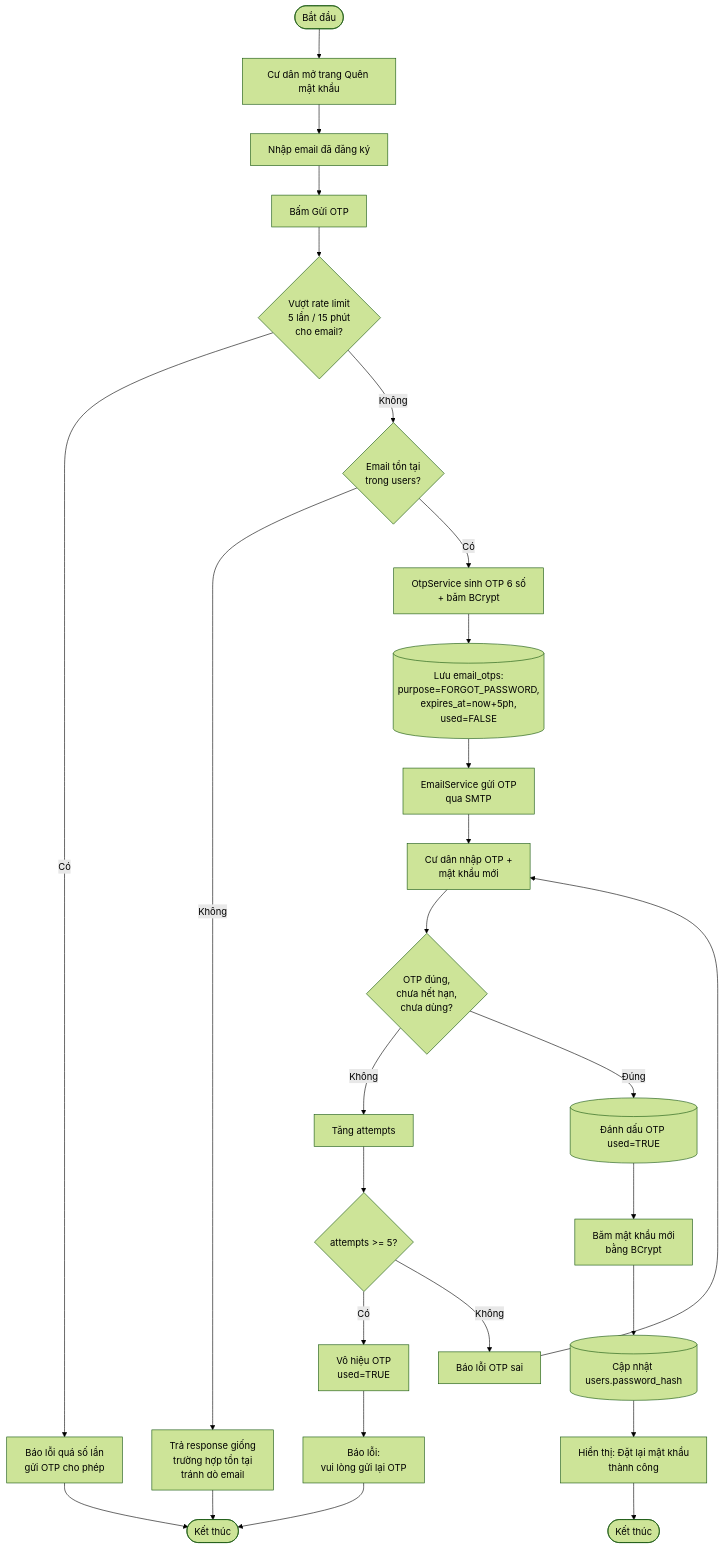
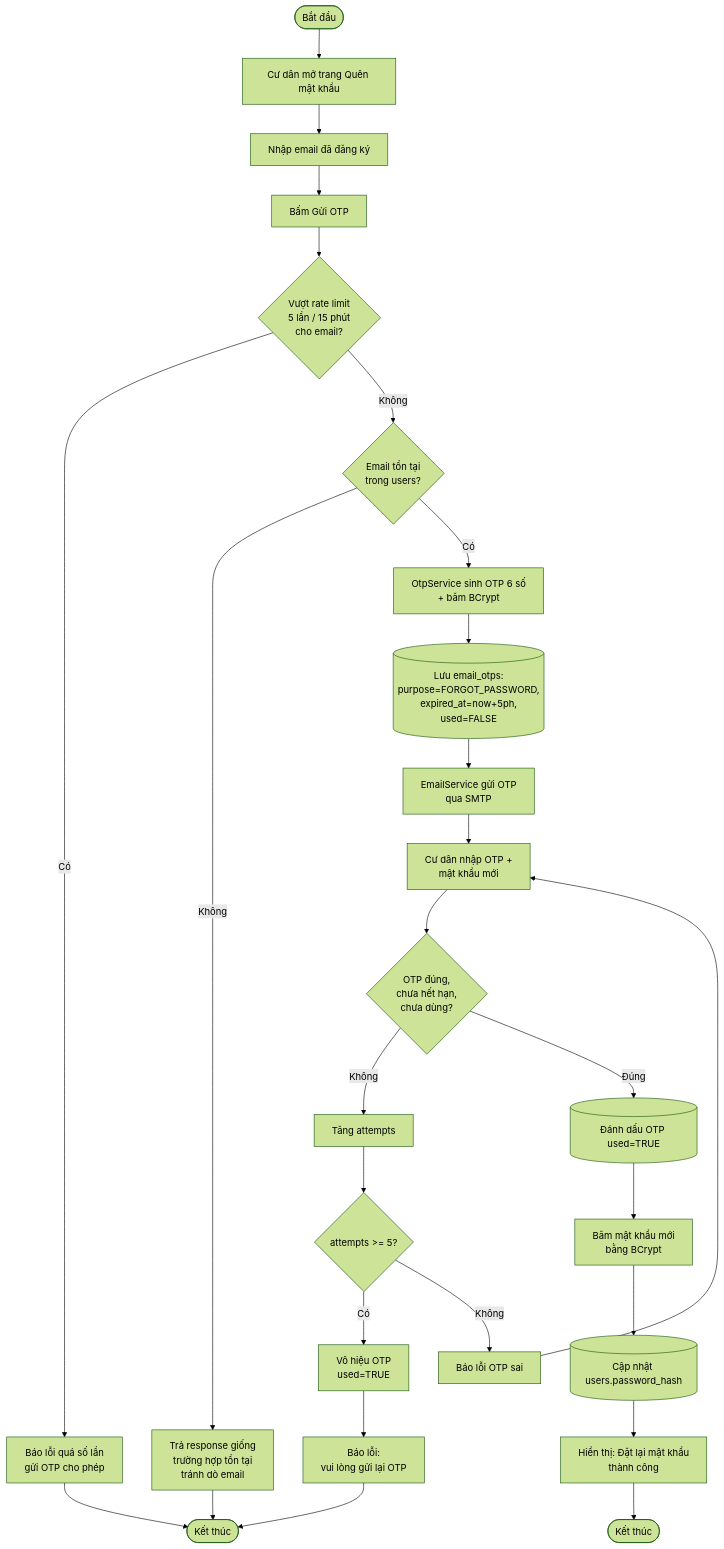
Diagram 24 of 34 in docs/SDD.md (neveraccept/IT3180_2025.2_Nhom7), drawn with Mermaid (forest theme) before and after one commit. The commit also changed other lines of this file, not shown here.

````diff
--- a/docs/SDD.md
+++ b/docs/SDD.md
@@ -2551,29 +2564,29 @@
 ```mermaid
 flowchart TD
     Start([Bắt đầu]) --> Open[Cư dân mở trang Quên mật khẩu]
     Open --> InEmail[Nhập email đã đăng ký]
     InEmail --> Submit[Bấm Gửi OTP]
     Submit --> Rate{Vượt rate limit<br/>5 lần / 15 phút<br/>cho email?}
     Rate -- Có --> ErrRate[Báo lỗi quá số lần<br/>gửi OTP cho phép]
     ErrRate --> End1([Kết thúc])
     Rate -- Không --> Find{Email tồn tại<br/>trong users?}
     Find -- Không --> Pretend[Trả response giống<br/>trường hợp tồn tại<br/>tránh dò email]
     Pretend --> End1
     Find -- Có --> GenOTP[OtpService sinh OTP 6 số<br/>+ băm BCrypt]
-    GenOTP --> SaveOTP[(Lưu email_otps:<br/>purpose=FORGOT_PASSWORD,<br/>expires_at=now+5ph,<br/>used=FALSE)]
+    GenOTP --> SaveOTP[(Lưu email_otps:<br/>purpose=FORGOT_PASSWORD,<br/>expired_at=now+5ph,<br/>used=FALSE)]
     SaveOTP --> SendMail[EmailService gửi OTP<br/>qua SMTP]
     SendMail --> InOTP[Cư dân nhập OTP +<br/>mật khẩu mới]
     InOTP --> Verify{OTP đúng,<br/>chưa hết hạn,<br/>chưa dùng?}
     Verify -- Không --> Inc[Tăng attempts]
     Inc --> AC{attempts >= 5?}
     AC -- Có --> Lock[Vô hiệu OTP<br/>used=TRUE]
     Lock --> ErrLock[Báo lỗi:<br/>vui lòng gửi lại OTP]
     ErrLock --> End1
     AC -- Không --> ErrOtp[Báo lỗi OTP sai]
     ErrOtp --> InOTP
     Verify -- Đúng --> MarkUsed[(Đánh dấu OTP used=TRUE)]
     MarkUsed --> Hash[Băm mật khẩu mới<br/>bằng BCrypt]
     Hash --> Update[(Cập nhật users.password_hash)]
     Update --> Notify[Hiển thị: Đặt lại mật khẩu<br/>thành công]
     Notify --> End([Kết thúc])
 ```
````
